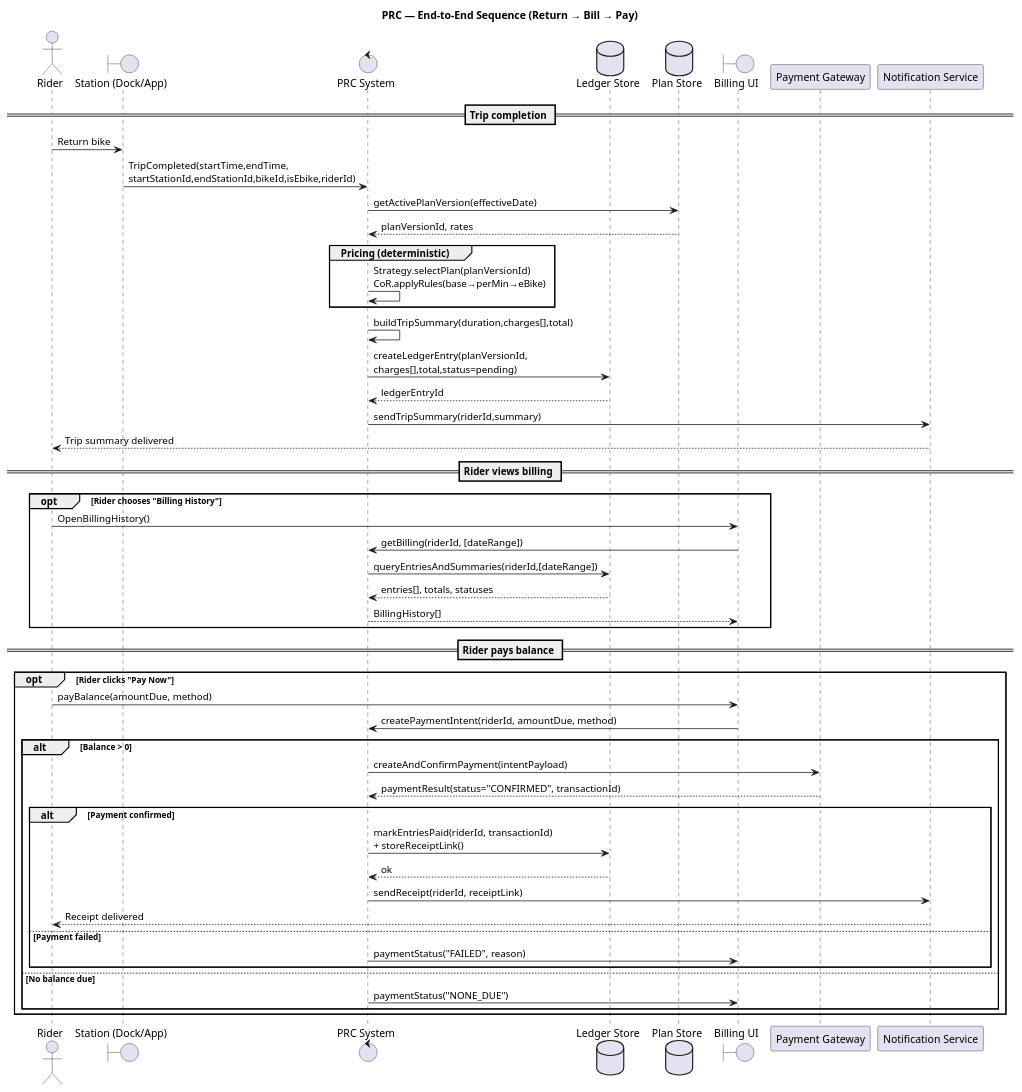
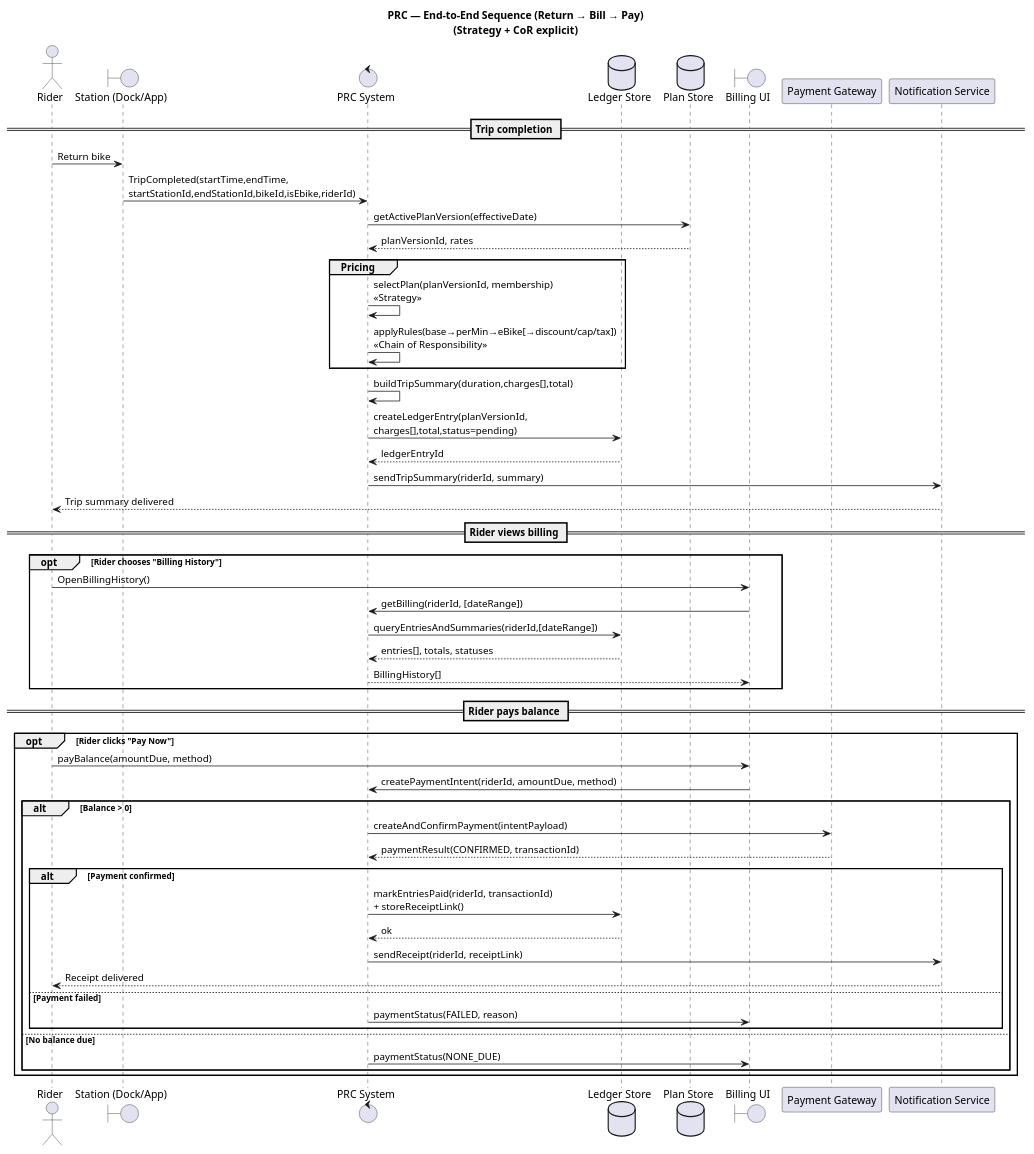
Before and after one commit to Abdul-RehmanCU/SOEN-343---Bike: the diagram in diagrams/PRC-DIAGRAMS/PRC_SEQUENCE_DIAGRAM.md, drawn with PlantUML. The commit also changed 2 other files, not shown here.

Commit message:
better implementation of the Strategy + CoR on diags

```diff
--- a/diagrams/PRC-DIAGRAMS/PRC_SEQUENCE_DIAGRAM.md
+++ b/diagrams/PRC-DIAGRAMS/PRC_SEQUENCE_DIAGRAM.md
@@ -1,61 +1,62 @@
 @startuml
-title PRC — End-to-End Sequence (Return → Bill → Pay)
+title PRC — End-to-End Sequence (Return → Bill → Pay)\n(Strategy + CoR explicit)
 
 actor Rider
 boundary "Station (Dock/App)" as Station
 control "PRC System" as PRC
 database "Ledger Store" as Ledger
 database "Plan Store" as Plans
 boundary "Billing UI" as UI
 participant "Payment Gateway" as Pay
 participant "Notification Service" as Notify
 
 == Trip completion ==
 Rider -> Station : Return bike
 Station -> PRC : TripCompleted(startTime,endTime,\nstartStationId,endStationId,bikeId,isEbike,riderId)
 
 PRC -> Plans : getActivePlanVersion(effectiveDate)
 Plans --> PRC : planVersionId, rates
 
-group Pricing (deterministic)
-  PRC -> PRC : Strategy.selectPlan(planVersionId)\nCoR.applyRules(base→perMin→eBike)
+group Pricing
+  PRC -> PRC : selectPlan(planVersionId, membership)\n<<Strategy>>
+  PRC -> PRC : applyRules(base→perMin→eBike[→discount/cap/tax])\n<<Chain of Responsibility>>
 end
 
 PRC -> PRC : buildTripSummary(duration,charges[],total)
 PRC -> Ledger : createLedgerEntry(planVersionId,\ncharges[],total,status=pending)
 Ledger --> PRC : ledgerEntryId
 
-PRC -> Notify : sendTripSummary(riderId,summary)
+PRC -> Notify : sendTripSummary(riderId, summary)
 Notify --> Rider : Trip summary delivered
 
 == Rider views billing ==
 opt Rider chooses "Billing History"
   Rider -> UI : OpenBillingHistory()
   UI -> PRC : getBilling(riderId, [dateRange])
   PRC -> Ledger : queryEntriesAndSummaries(riderId,[dateRange])
   Ledger --> PRC : entries[], totals, statuses
   PRC --> UI : BillingHistory[]
 end
 
 == Rider pays balance ==
 opt Rider clicks "Pay Now"
   Rider -> UI : payBalance(amountDue, method)
   UI -> PRC : createPaymentIntent(riderId, amountDue, method)
 
   alt Balance > 0
     PRC -> Pay : createAndConfirmPayment(intentPayload)
-    Pay --> PRC : paymentResult(status="CONFIRMED", transactionId)
+    Pay --> PRC : paymentResult(CONFIRMED, transactionId)
 
     alt Payment confirmed
       PRC -> Ledger : markEntriesPaid(riderId, transactionId)\n+ storeReceiptLink()
       Ledger --> PRC : ok
       PRC -> Notify : sendReceipt(riderId, receiptLink)
       Notify --> Rider : Receipt delivered
     else Payment failed
-      PRC -> UI : paymentStatus("FAILED", reason)
+      PRC -> UI : paymentStatus(FAILED, reason)
     end
   else No balance due
-    PRC -> UI : paymentStatus("NONE_DUE")
+    PRC -> UI : paymentStatus(NONE_DUE)
   end
 end
 @enduml
```
